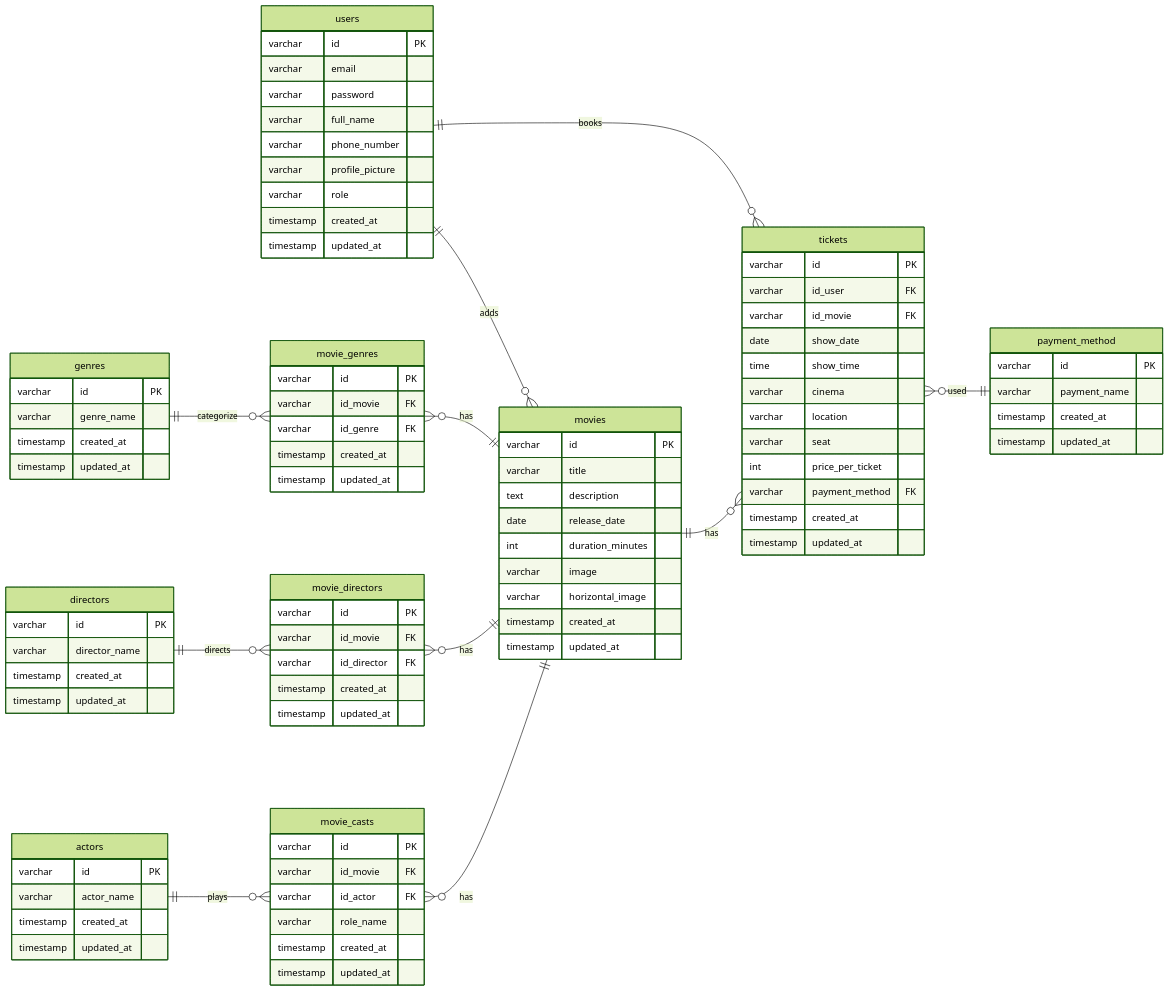
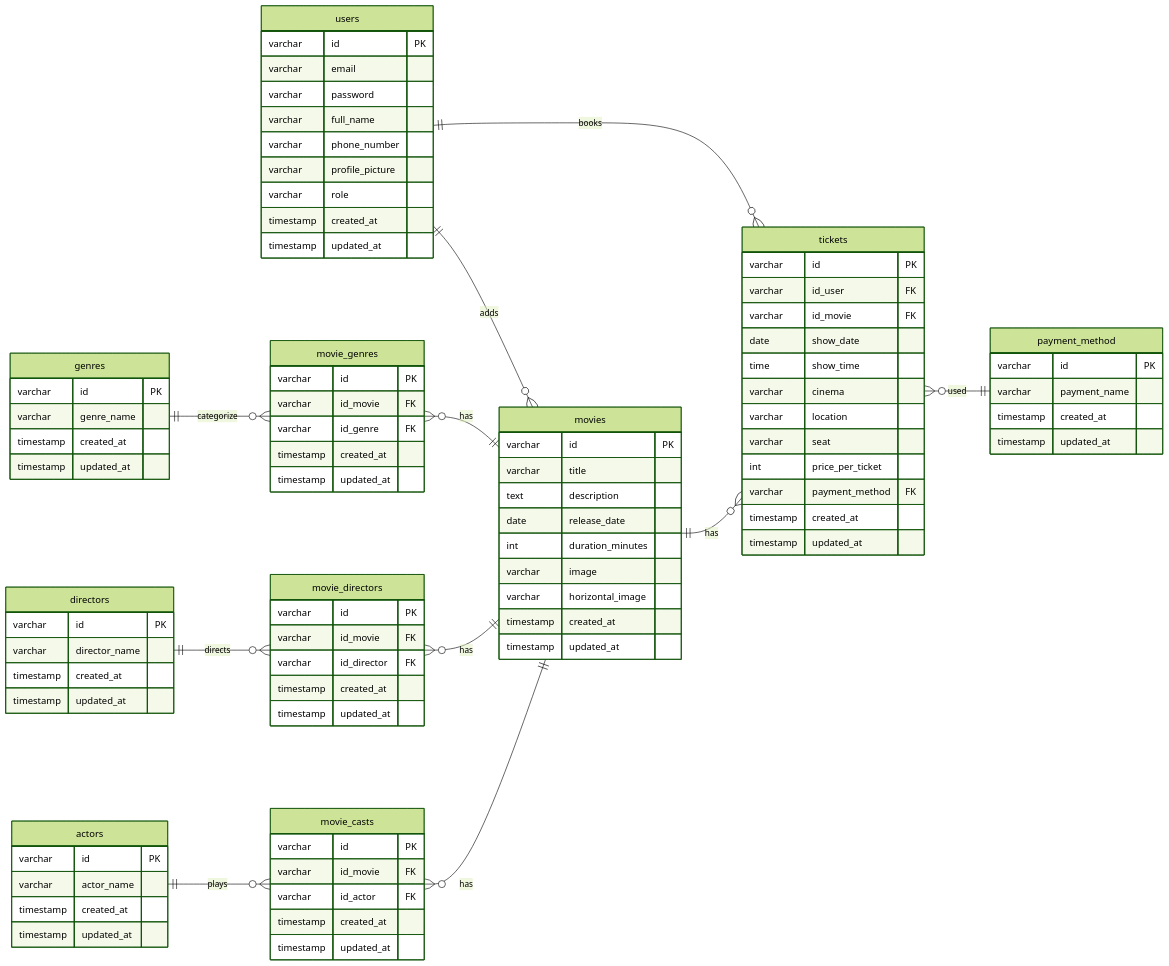
Before and after one commit to ranandasatria/fgo24-be-tickitz: the diagram in README.md, drawn with Mermaid (forest theme). The commit also changed 5 other files, not shown here.

```diff
--- a/README.md
+++ b/README.md
@@ -80,7 +80,6 @@
   varchar id PK
   varchar id_movie FK
   varchar id_actor FK
-  varchar role_name
   timestamp created_at
   timestamp updated_at
 }
```
